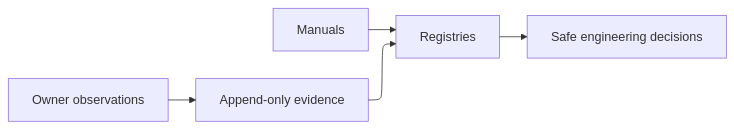
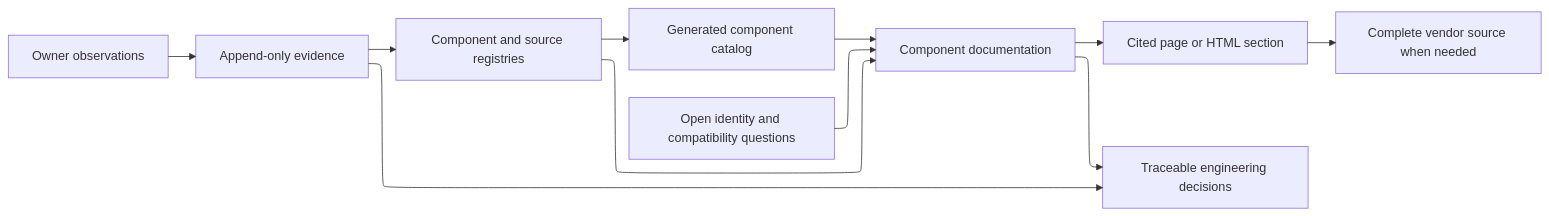
The diagram in docs/backlog/items/US-002-hardware-workshop-manual-and-evidence-system/diagrams/information-flow.mmd (BehzadIT/ai-robot), drawn with Mermaid before and after one commit. The commit also changed 74 other files, not shown here.

Commit message:
feat: add agent-first component documentation

```diff
--- a/docs/backlog/items/US-002-hardware-workshop-manual-and-evidence-system/diagrams/information-flow.mmd
+++ b/docs/backlog/items/US-002-hardware-workshop-manual-and-evidence-system/diagrams/information-flow.mmd
@@ -1,9 +1,15 @@
 ---
 config:
   layout: elk
 ---
 flowchart LR
-  Manuals --> Registries
+  Catalog[Generated component catalog] --> Documentation[Component documentation]
+  Registry[Component and source registries] --> Catalog
+  Registry --> Documentation
+  Questions[Open identity and compatibility questions] --> Documentation
+  Documentation --> Cited[Cited page or HTML section]
+  Cited --> Manual[Complete vendor source when needed]
   Owner[Owner observations] --> Evidence[Append-only evidence]
-  Evidence --> Registries
-  Registries --> Decisions[Safe engineering decisions]
+  Evidence --> Registry
+  Documentation --> Decisions[Traceable engineering decisions]
+  Evidence --> Decisions
```
